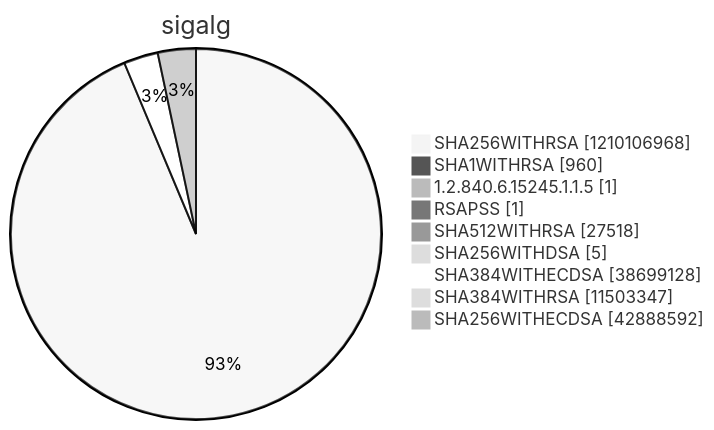
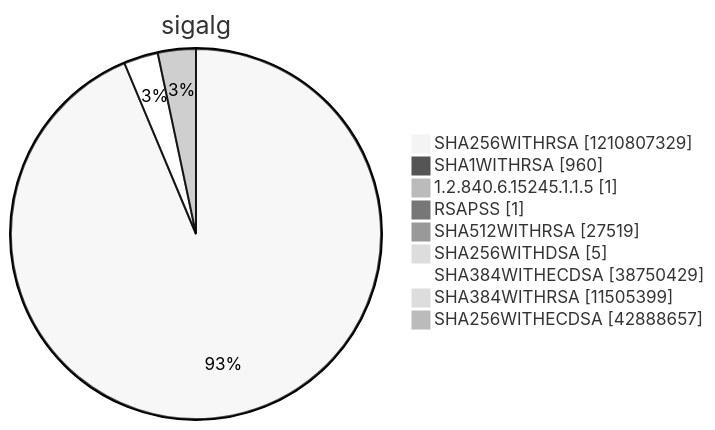
Diagram 15 of 15 in argon2022/README.md (christiankrug/ctmonitor_visualization), drawn with Mermaid (neutral theme) before and after one commit. The commit also changed other lines of this file, not shown here.

````diff
--- a/argon2022/README.md
+++ b/argon2022/README.md
@@ -5520,13 +5520,13 @@
 ```mermaid
 pie showData
 title sigalg
-"SHA256WITHRSA" :1210106968
+"SHA256WITHRSA" :1210807329
 "SHA1WITHRSA" :960
 "1.2.840.6.15245.1.1.5" :1
 "RSAPSS" :1
-"SHA512WITHRSA" :27518
+"SHA512WITHRSA" :27519
 "SHA256WITHDSA" :5
-"SHA384WITHECDSA" :38699128
-"SHA384WITHRSA" :11503347
-"SHA256WITHECDSA" :42888592
+"SHA384WITHECDSA" :38750429
+"SHA384WITHRSA" :11505399
+"SHA256WITHECDSA" :42888657
 ```
````
